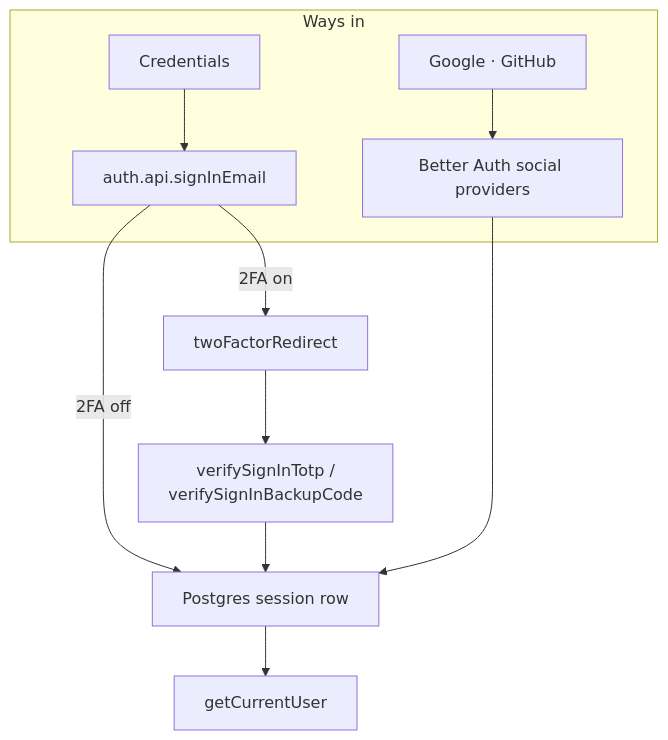
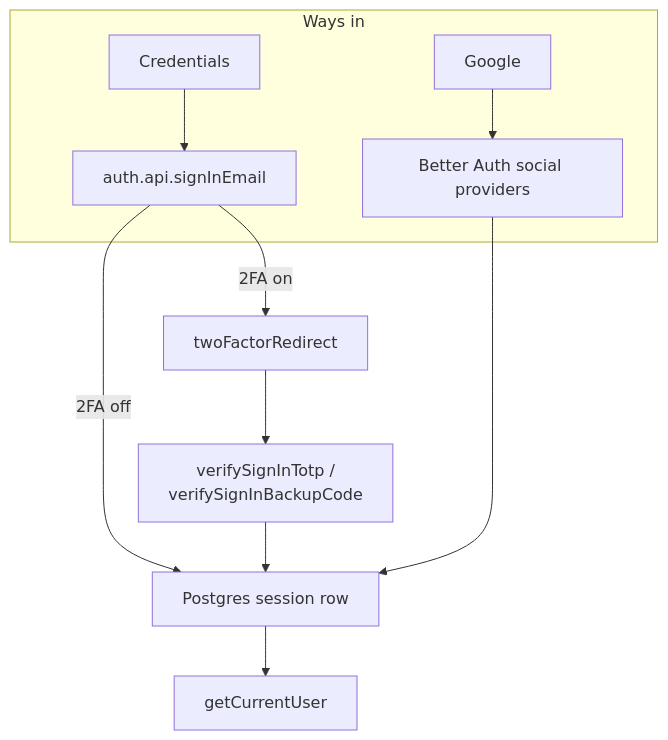
One commit to algusaem/buycarmap changed the sixth of 6 diagrams in docs/ARCHITECTURE.md. Above: the diagram before and after it, drawn with Mermaid. The commit also changed other lines of this file and 675 other files, not shown here.

````diff
--- a/docs/ARCHITECTURE.md
+++ b/docs/ARCHITECTURE.md
@@ -566,13 +601,13 @@
 ```mermaid
 flowchart TB
     subgraph entry [Ways in]
         C[Credentials] --> SI[auth.api.signInEmail]
-        O[Google · GitHub] --> SP[Better Auth social providers]
+        O[Google] --> SP[Better Auth social providers]
     end
     SI -->|2FA on| TFR[twoFactorRedirect]
     TFR --> V[verifySignInTotp /<br/>verifySignInBackupCode]
     SI -->|2FA off| S[Postgres session row]
     V --> S
     SP --> S
     S --> GU[getCurrentUser]
 ```
````
